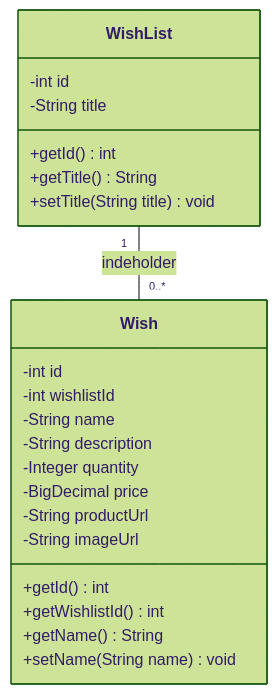
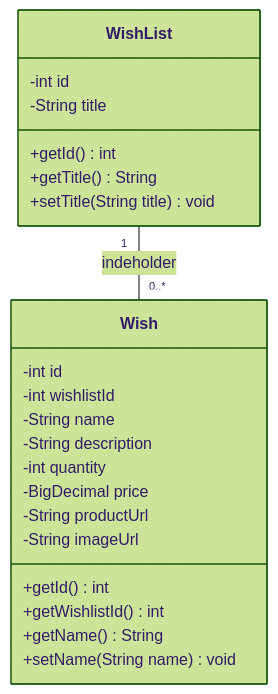
The first of 4 diagrams in docs/diagrammer.md (alagami-ux/Projekt2_Gruppe_6), drawn with Mermaid (forest theme) before and after one commit. The commit also changed 2 other files, not shown here.

Commit message:
Brug int konsekvent til ønskets antal

````diff
--- a/docs/diagrammer.md
+++ b/docs/diagrammer.md
@@ -7,25 +7,25 @@
 ```mermaid
 classDiagram
     class WishList {
         -int id
         -String title
         +getId() int
         +getTitle() String
         +setTitle(String title) void
     }
     class Wish {
         -int id
         -int wishlistId
         -String name
         -String description
-        -Integer quantity
+        -int quantity
         -BigDecimal price
         -String productUrl
         -String imageUrl
         +getId() int
         +getWishlistId() int
         +getName() String
         +setName(String name) void
     }
     WishList "1" -- "0..*" Wish : indeholder
 ```
````
